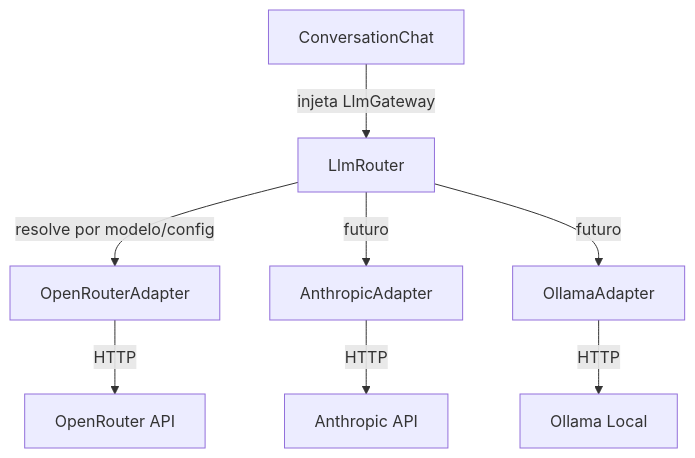
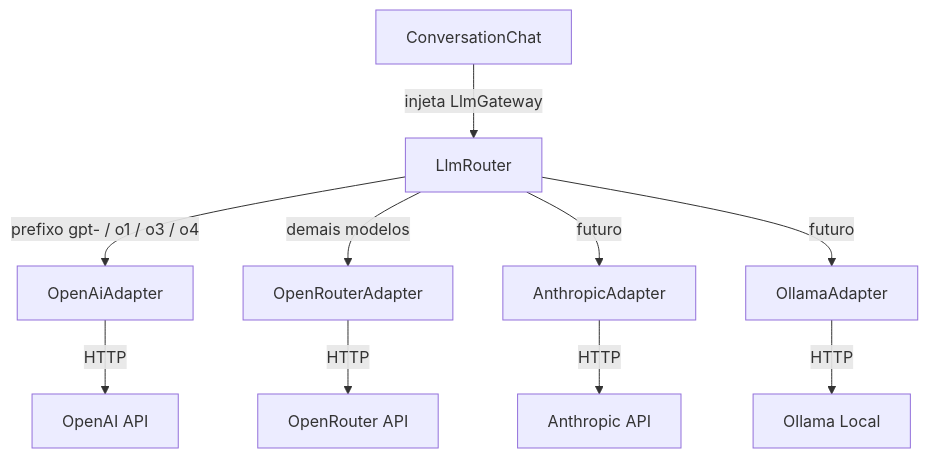
One commit to Fredrumond/pm_helper changed the diagram in README.md. Above: the diagram before and after it, drawn with Mermaid. The commit also changed other lines of this file and 24 other files, not shown here.

Commit message:
Roteiar modelos GPT direto para a OpenAI e estimar o custo quando a API não devolve usage.cost.

````diff
--- a/README.md
+++ b/README.md
@@ -11,10 +11,12 @@
 ```mermaid
 flowchart TD
     ConversationChat -->|"injeta LlmGateway"| LlmRouter
-    LlmRouter -->|"resolve por modelo/config"| OpenRouterAdapter
+    LlmRouter -->|"prefixo gpt- / o1 / o3 / o4"| OpenAiAdapter
+    LlmRouter -->|"demais modelos"| OpenRouterAdapter
     LlmRouter -->|"futuro"| AnthropicAdapter
     LlmRouter -->|"futuro"| OllamaAdapter
+    OpenAiAdapter -->|"HTTP"| OpenAIAPI["OpenAI API"]
     OpenRouterAdapter -->|"HTTP"| OpenRouterAPI["OpenRouter API"]
     AnthropicAdapter -->|"HTTP"| AnthropicAPI["Anthropic API"]
     OllamaAdapter -->|"HTTP"| OllamaLocal["Ollama Local"]
 ```
````
